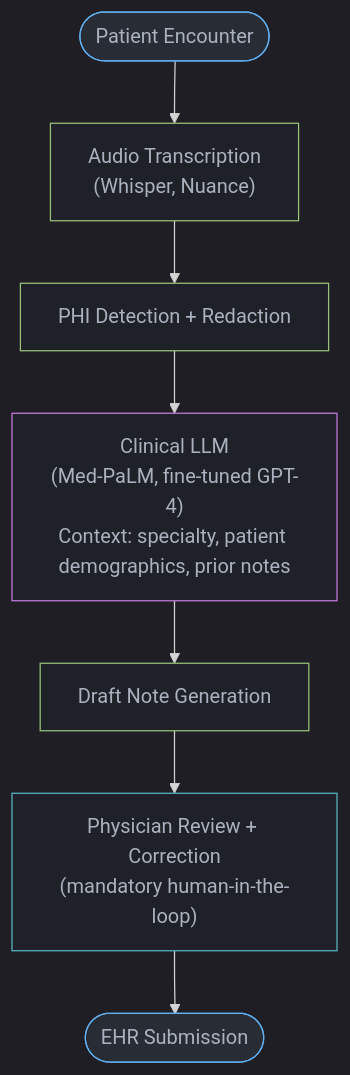
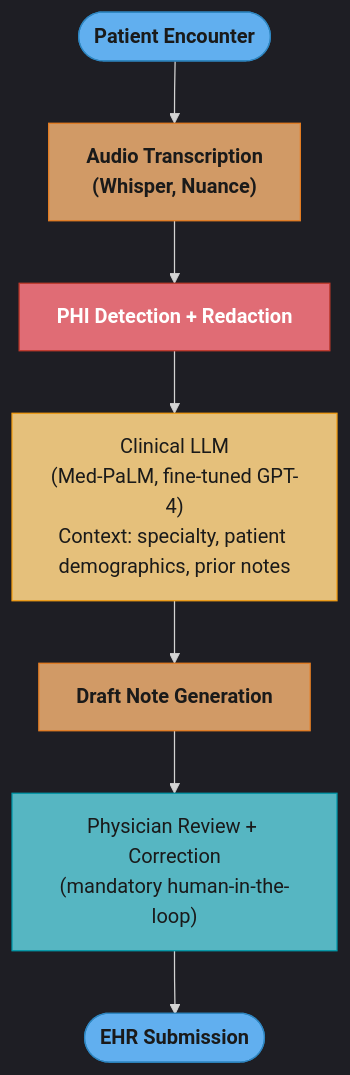
The first of 4 diagrams in src/main/java/com/rutik/systemdesign/llm/ai_applications/README.md (rppol/system-design), drawn with Mermaid before and after one commit. The commit also changed other lines of this file and 88 other files, not shown here.

````diff
--- a/src/main/java/com/rutik/systemdesign/llm/ai_applications/README.md
+++ b/src/main/java/com/rutik/systemdesign/llm/ai_applications/README.md
@@ -297,20 +297,24 @@
 ```mermaid
 %%{init: {'flowchart': {'curve': 'basis'}, 'theme': 'dark'}}%%
 flowchart TD
+    classDef io      fill:#61afef,stroke:#2e86c1,color:#1a1a1a,font-weight:bold
+    classDef frozen  fill:#c678dd,stroke:#9b59b6,color:#fff
+    classDef train   fill:#98c379,stroke:#27ae60,color:#1a1a1a
+    classDef mathOp  fill:#d19a66,stroke:#e67e22,color:#1a1a1a,font-weight:bold
+    classDef lossN   fill:#e06c75,stroke:#c0392b,color:#fff,font-weight:bold
+    classDef req     fill:#56b6c2,stroke:#0097a7,color:#1a1a1a
+    classDef base    fill:#e5c07b,stroke:#f39c12,color:#1a1a1a
+
     Encounter([Patient Encounter]) --> Transcribe
     Transcribe["Audio Transcription\n(Whisper, Nuance)"] --> PHI["PHI Detection + Redaction"]
     PHI --> ClinLLM["Clinical LLM\n(Med-PaLM, fine-tuned GPT-4)\nContext: specialty, patient demographics, prior notes"]
     ClinLLM --> Draft["Draft Note Generation"]
     Draft --> Physician["Physician Review + Correction\n(mandatory human-in-the-loop)"]
     Physician --> EHR([EHR Submission])
 
-    classDef io     fill:#282c34,stroke:#61afef,color:#abb2bf
-    classDef proc   fill:#1e2127,stroke:#98c379,color:#abb2bf
-    classDef llm    fill:#1e2127,stroke:#c678dd,color:#abb2bf
-    classDef store  fill:#1e2127,stroke:#56b6c2,color:#abb2bf
-
     class Encounter,EHR io
-    class Transcribe,PHI,Draft proc
-    class ClinLLM llm
-    class Physician store
+    class Transcribe,Draft mathOp
+    class PHI lossN
+    class ClinLLM base
+    class Physician req
 ```
````
